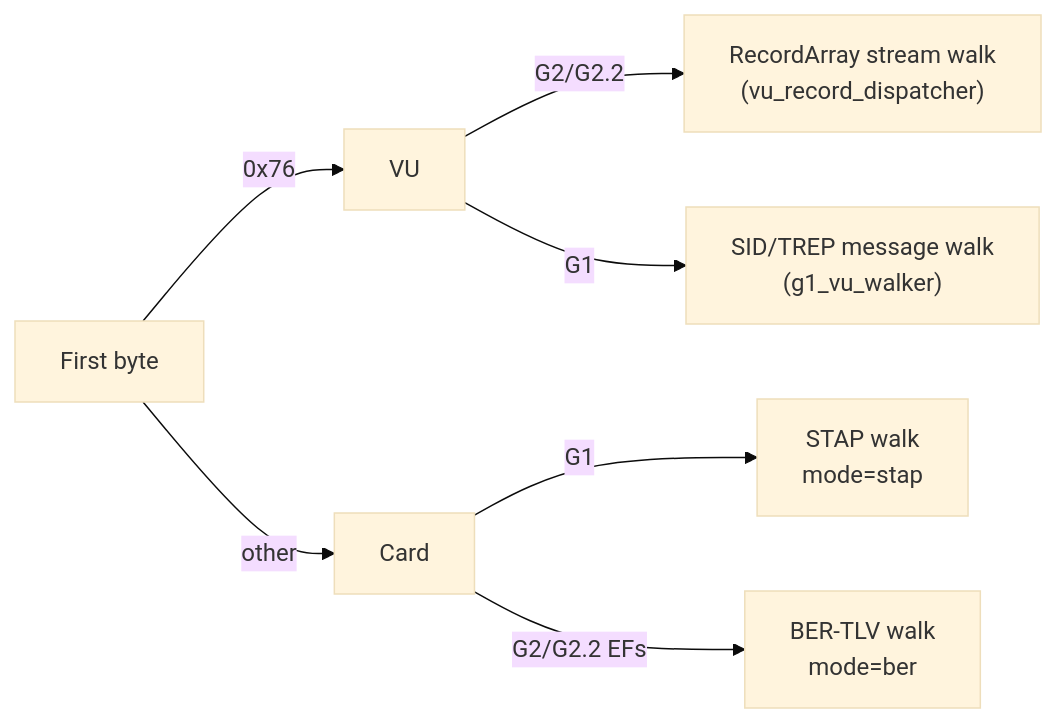
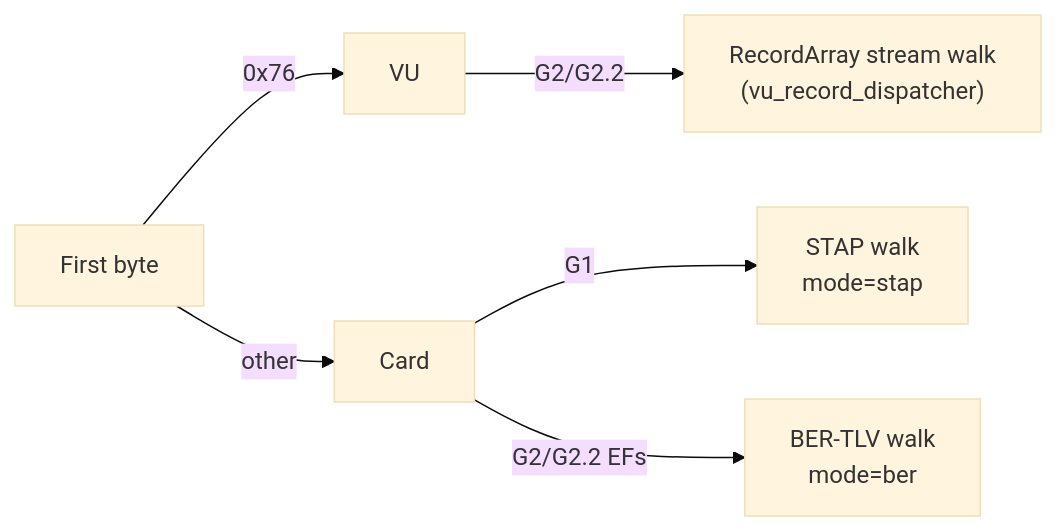
Before and after one commit to Syax89/DDDTachograph_Reader: the diagram in docs/developer/parsing_pipeline.md, drawn with Mermaid (base theme). The commit also changed other lines of this file and 9 other files, not shown here.

````diff
--- a/docs/developer/parsing_pipeline.md
+++ b/docs/developer/parsing_pipeline.md
@@ -21,9 +21,8 @@
 ```mermaid
 flowchart LR
     A["First byte"] -->|"0x76"| B[VU]
     A -->|"other"| C[Card]
     B -->|"G2/G2.2"| H["RecordArray stream walk\n(vu_record_dispatcher)"]
-    B -->|"G1"| I["SID/TREP message walk\n(g1_vu_walker)"]
     C -->|"G1"| G["STAP walk\nmode=stap"]
     C -->|"G2/G2.2 EFs"| F["BER-TLV walk\nmode=ber"]
 ```
````
